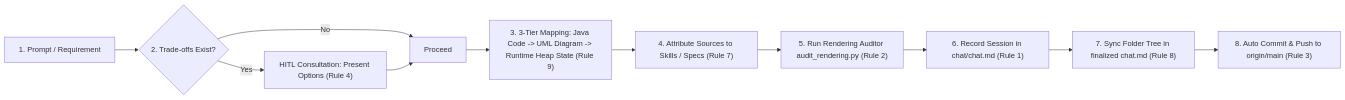
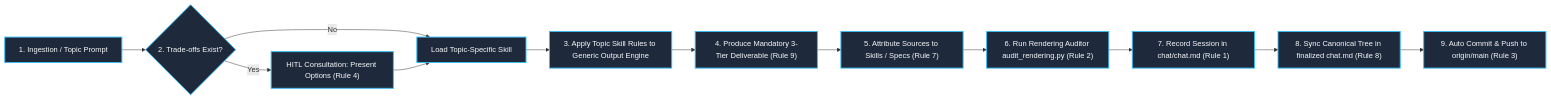
One commit to AkmKawser/System-Design changed the second of 2 diagrams in README.md. Above: the diagram before and after it, drawn with Mermaid. The commit also changed other lines of this file and 3 other files, not shown here.

Commit message:
docs(architecture): refactor root README with engine ingestion/generic-output and topic skill decoupling

````diff
--- a/README.md
+++ b/README.md
@@ -99,13 +127,17 @@
 ```mermaid
 flowchart LR
-    A["1. Prompt / Requirement"] --> B{"2. Trade-offs Exist?"}
+    A["1. Ingestion / Topic Prompt"] --> B{"2. Trade-offs Exist?"}
     B -->|"Yes"| C["HITL Consultation: Present Options (Rule 4)"]
-    B -->|"No"| D["Proceed"]
+    B -->|"No"| D["Load Topic-Specific Skill"]
     C --> D
-    D --> E["3. 3-Tier Mapping: Java Code -> UML Diagram -> Runtime Heap State (Rule 9)"]
-    E --> F["4. Attribute Sources to Skills / Specs (Rule 7)"]
-    F --> G["5. Run Rendering Auditor audit_rendering.py (Rule 2)"]
-    G --> H["6. Record Session in chat/chat.md (Rule 1)"]
-    H --> I["7. Sync Folder Tree in finalized chat.md (Rule 8)"]
-    I --> J["8. Auto Commit & Push to origin/main (Rule 3)"]
+    D --> E["3. Apply Topic Skill Rules to Generic Output Engine"]
+    E --> F["4. Produce Mandatory 3-Tier Deliverable (Rule 9)"]
+    F --> G["5. Attribute Sources to Skills / Specs (Rule 7)"]
+    G --> H["6. Run Rendering Auditor audit_rendering.py (Rule 2)"]
+    H --> I["7. Record Session in chat/chat.md (Rule 1)"]
+    I --> J["8. Sync Canonical Tree in finalized chat.md (Rule 8)"]
+    J --> K["9. Auto Commit & Push to origin/main (Rule 3)"]
+
+    classDef stage fill:#1e293b,stroke:#38bdf8,stroke-width:2px,color:#f8fafc;
+    class A,B,C,D,E,F,G,H,I,J,K stage;
 ```
````
